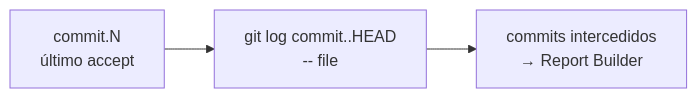
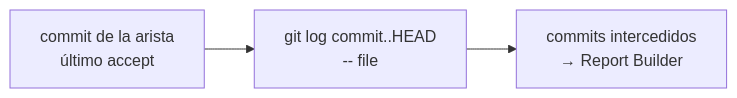
Before and after one commit to anibalanto/accreta: the second of 3 diagrams in subsystems/impact/architecture.md, drawn with Mermaid. The commit also changed other lines of this file and 12 other files, not shown here.

````diff
--- a/subsystems/impact/architecture.md
+++ b/subsystems/impact/architecture.md
@@ -40,5 +44,5 @@
 ```mermaid
 flowchart LR
-    A[commit.N\núltimo accept] --> C[git log commit..HEAD\n-- file]
+    A[commit de la arista\núltimo accept] --> C[git log commit..HEAD\n-- file]
     C --> R[commits intercedidos\n→ Report Builder]
 ```
````
